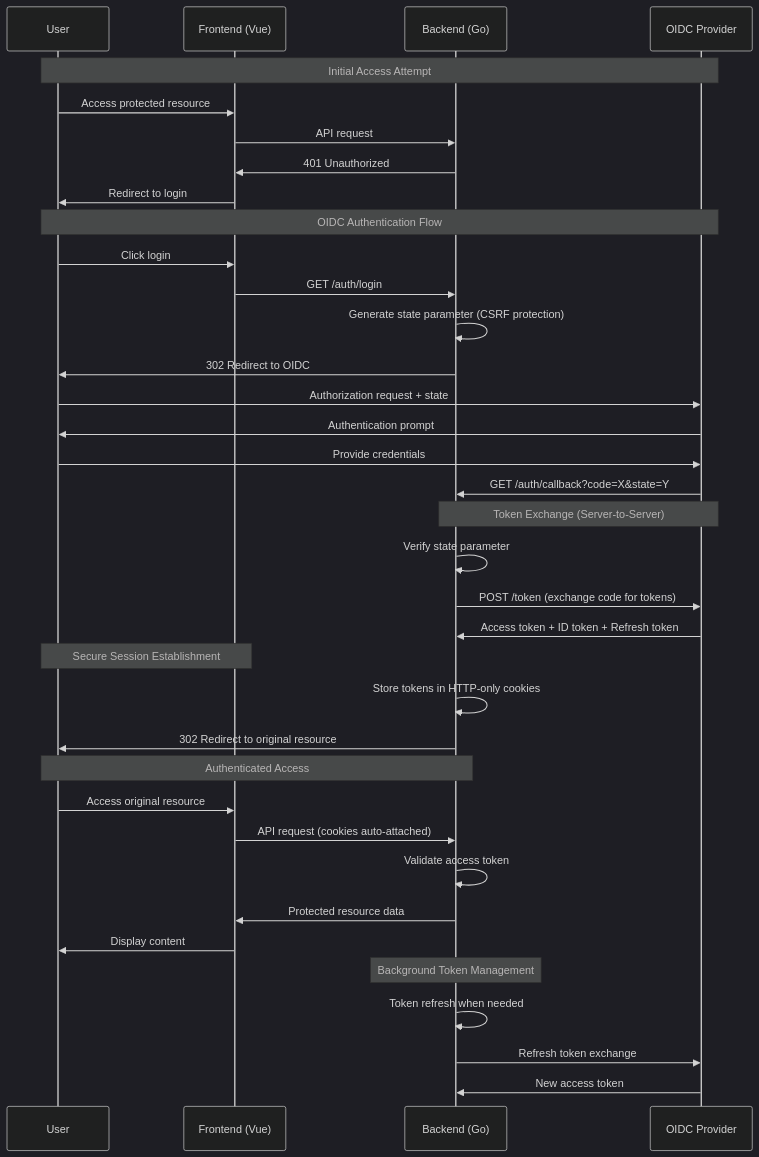
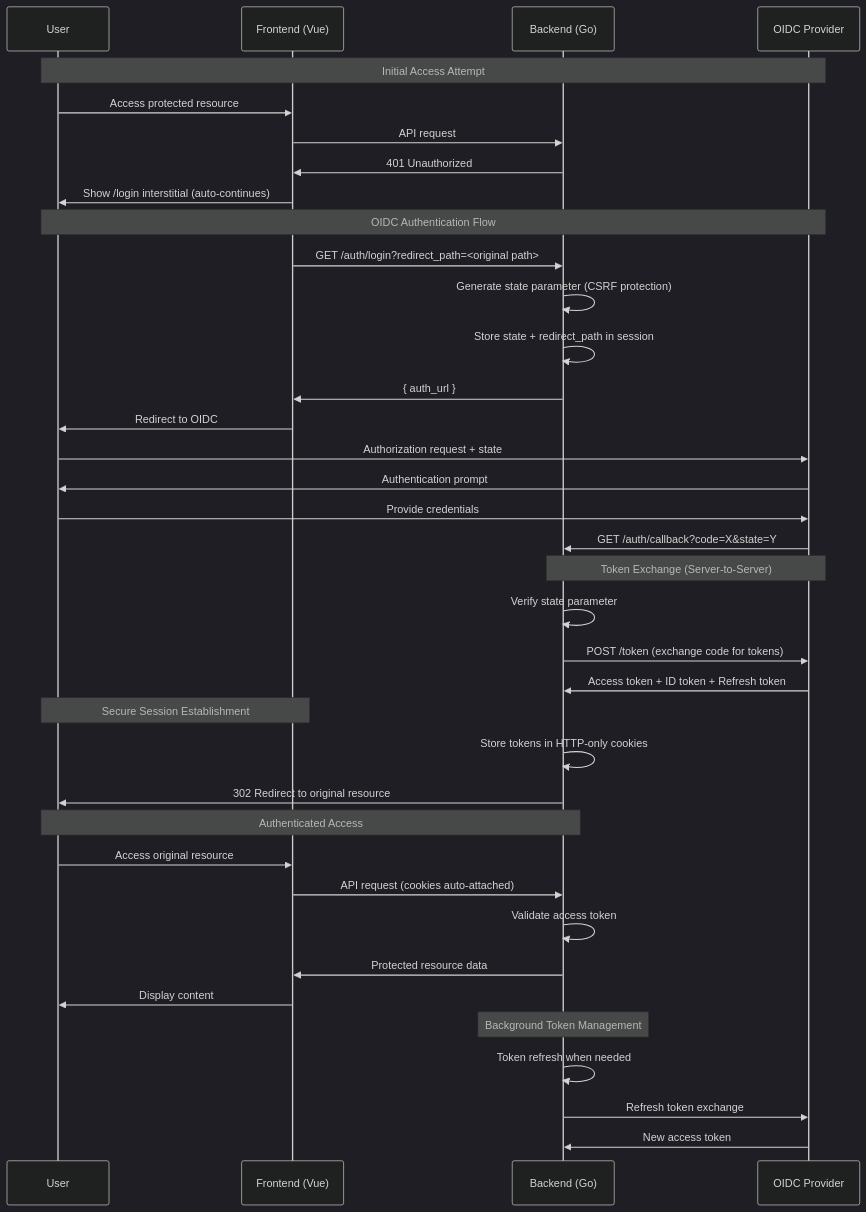
Before and after one commit to AnarManafov/dataharbor: the third of 7 diagrams in docs/ARCHITECTURE.md, drawn with Mermaid (dark theme). The commit also changed 11 other files, not shown here.

First line of the commit message:
feat(auth): streamline login, verify client secret

````diff
--- a/docs/ARCHITECTURE.md
+++ b/docs/ARCHITECTURE.md
@@ -146,45 +146,46 @@
 ```mermaid
 sequenceDiagram
     participant U as User
     participant F as Frontend (Vue)
     participant B as Backend (Go)
     participant O as OIDC Provider
 
     Note over U,O: Initial Access Attempt
     U->>F: Access protected resource
     F->>B: API request
     B->>F: 401 Unauthorized
-    F->>U: Redirect to login
+    F->>U: Show /login interstitial (auto-continues)
 
     Note over U,O: OIDC Authentication Flow
-    U->>F: Click login
-    F->>B: GET /auth/login
+    F->>B: GET /auth/login?redirect_path=<original path>
     B->>B: Generate state parameter (CSRF protection)
-    B->>U: 302 Redirect to OIDC
+    B->>B: Store state + redirect_path in session
+    B->>F: { auth_url }
+    F->>U: Redirect to OIDC
 
     U->>O: Authorization request + state
     O->>U: Authentication prompt
     U->>O: Provide credentials
     O->>B: GET /auth/callback?code=X&state=Y
 
     Note over B,O: Token Exchange (Server-to-Server)
     B->>B: Verify state parameter
     B->>O: POST /token (exchange code for tokens)
     O->>B: Access token + ID token + Refresh token
 
     Note over U,F: Secure Session Establishment
     B->>B: Store tokens in HTTP-only cookies
     B->>U: 302 Redirect to original resource
 
     Note over U,B: Authenticated Access
     U->>F: Access original resource
     F->>B: API request (cookies auto-attached)
     B->>B: Validate access token
     B->>F: Protected resource data
     F->>U: Display content
 
     Note over B: Background Token Management
     B->>B: Token refresh when needed
     B->>O: Refresh token exchange
     O->>B: New access token
 ```
````
